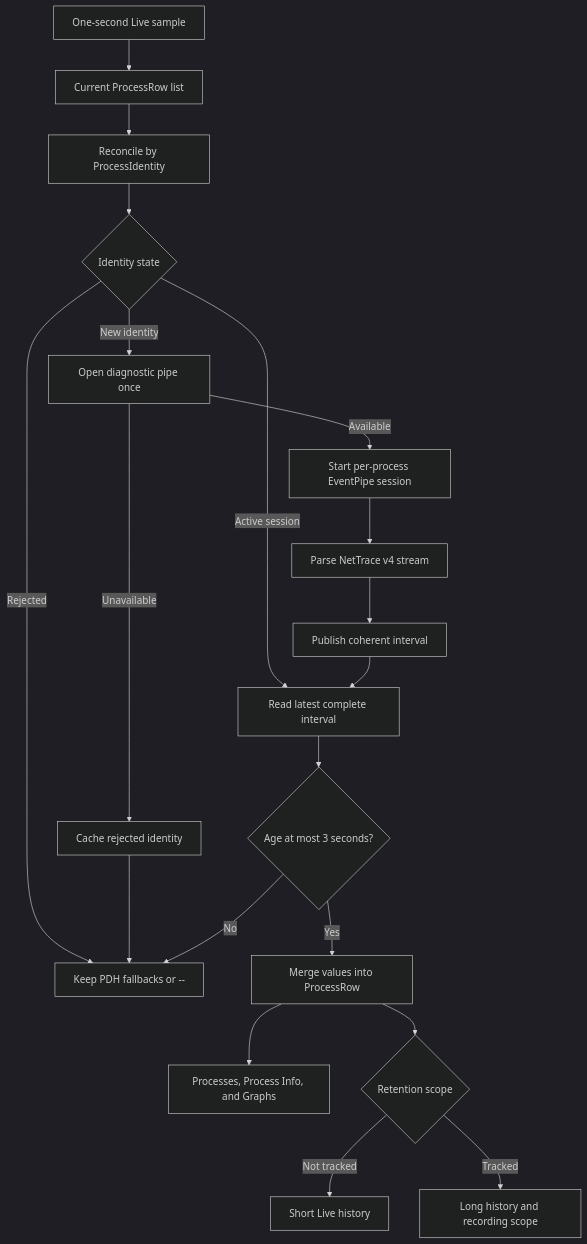
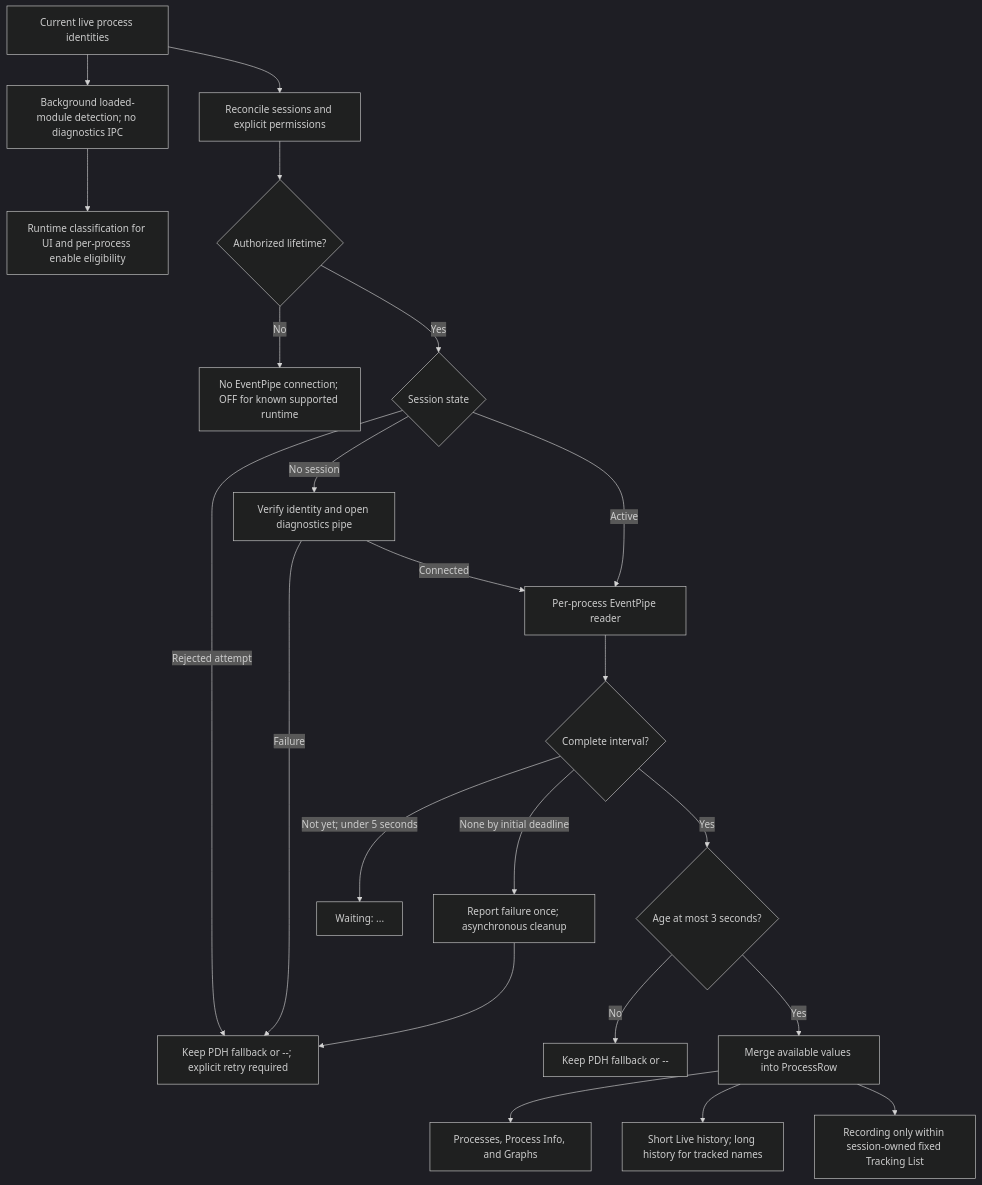
One commit to TX230/winproc-tui changed the first of 2 diagrams in docs/dotnet-metrics-collection.md. Above: the diagram before and after it, drawn with Mermaid (dark theme). The commit also changed other lines of this file and 37 other files, not shown here.

First line of the commit message:
fix: require explicit per-process .NET metrics collection (Issue #183)

````diff
--- a/docs/dotnet-metrics-collection.md
+++ b/docs/dotnet-metrics-collection.md
@@ -36,22 +62,24 @@
 ```mermaid
 flowchart TD
-    live["One-second Live sample"] --> rows["Current ProcessRow list"]
-    rows --> reconcile["Reconcile by ProcessIdentity"]
-    reconcile --> known{"Identity state"}
-    known -->|Rejected| unavailable["Keep PDH fallbacks or --"]
-    known -->|Active session| latest["Read latest complete interval"]
-    known -->|New identity| pipe["Open diagnostic pipe once"]
-    pipe -->|Unavailable| reject["Cache rejected identity"]
-    reject --> unavailable
-    pipe -->|Available| session["Start per-process EventPipe session"]
-    session --> parser["Parse NetTrace v4 stream"]
-    parser --> accumulator["Publish coherent interval"]
-    accumulator --> latest
-    latest --> fresh{"Age at most 3 seconds?"}
-    fresh -->|No| unavailable
-    fresh -->|Yes| merge["Merge values into ProcessRow"]
+    rows["Current live process identities"] --> detect["Background loaded-module detection; no diagnostics IPC"]
+    rows --> reconcile["Reconcile sessions and explicit permissions"]
+    detect --> classification["Runtime classification for UI and per-process enable eligibility"]
+    reconcile --> permit{"Authorized lifetime?"}
+    permit -->|No| idle["No EventPipe connection; OFF for known supported runtime"]
+    permit -->|Yes| state{"Session state"}
+    state -->|Rejected attempt| unavailable["Keep PDH fallback or --; explicit retry required"]
+    state -->|No session| pipe["Verify identity and open diagnostics pipe"]
+    pipe -->|Failure| unavailable
+    pipe -->|Connected| session["Per-process EventPipe reader"]
+    state -->|Active| session
+    session --> interval{"Complete interval?"}
+    interval -->|Not yet; under 5 seconds| waiting["Waiting: ..."]
+    interval -->|None by initial deadline| timeout["Report failure once; asynchronous cleanup"]
+    timeout --> unavailable
+    interval -->|Yes| fresh{"Age at most 3 seconds?"}
+    fresh -->|No| missing["Keep PDH fallback or --"]
+    fresh -->|Yes| merge["Merge available values into ProcessRow"]
     merge --> display["Processes, Process Info, and Graphs"]
-    merge --> scope{"Retention scope"}
-    scope -->|Not tracked| short["Short Live history"]
-    scope -->|Tracked| long["Long history and recording scope"]
+    merge --> history["Short Live history; long history for tracked names"]
+    merge --> recording["Recording only within session-owned fixed Tracking List"]
 ```
````
